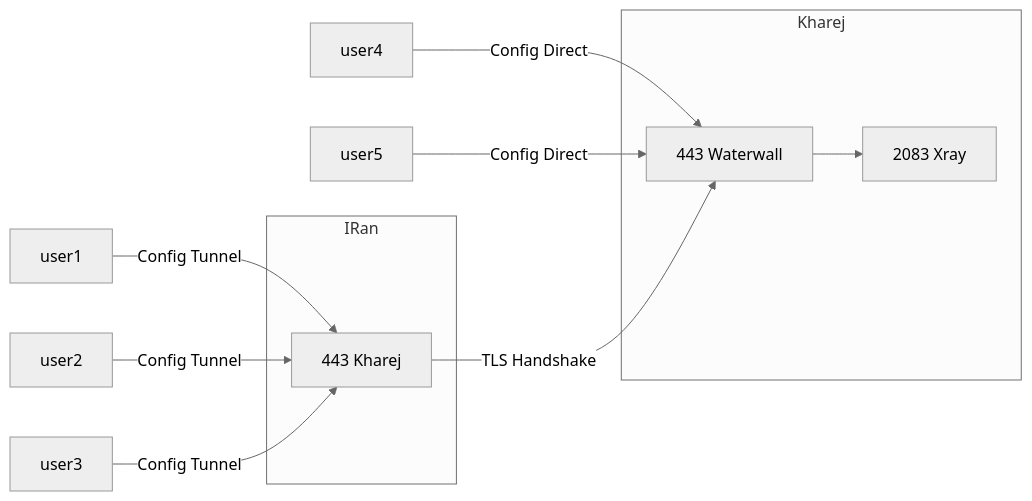
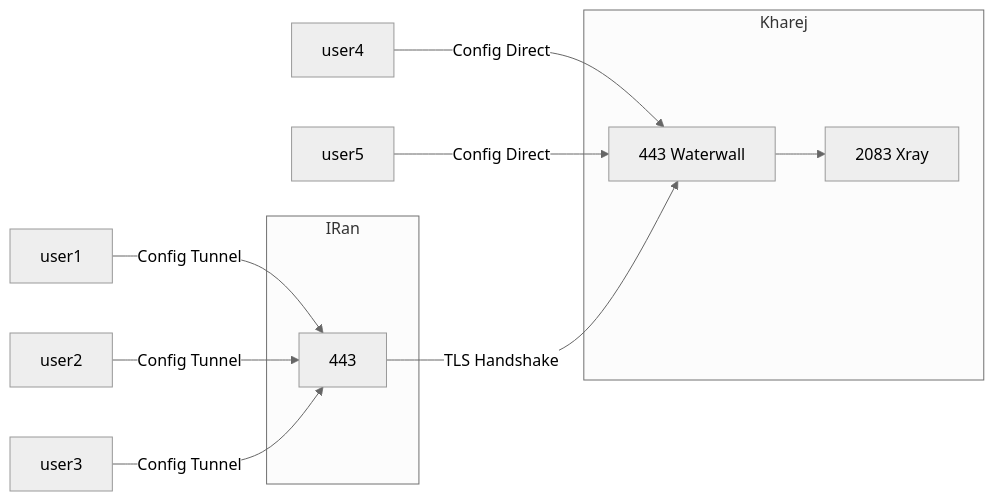
Before and after one commit to just-the-docs/just-the-docs-template: the second of 3 diagrams in Tls-Tunnel.md, drawn with Mermaid (neutral theme).

````diff
--- a/Tls-Tunnel.md
+++ b/Tls-Tunnel.md
@@ -272,15 +272,15 @@
 ```mermaid
 flowchart LR;
     user1 -- "Config Tunnel" --> A1;
     user2 -- "Config Tunnel" --> A1;
     user3 -- "Config Tunnel" --> A1;
     user4 -- "Config Direct" --> B1;
     user5 -- "Config Direct" --> B1;
     subgraph Kharej;
     B1[443 Waterwall] --> B2;
     B2[2083 Xray];
     end;
     subgraph IRan;
-    A1[443 Kharej] -- "TLS Handshake" --> B1;
+    A1[443] -- "TLS Handshake" --> B1;
     end;
 ```
````
